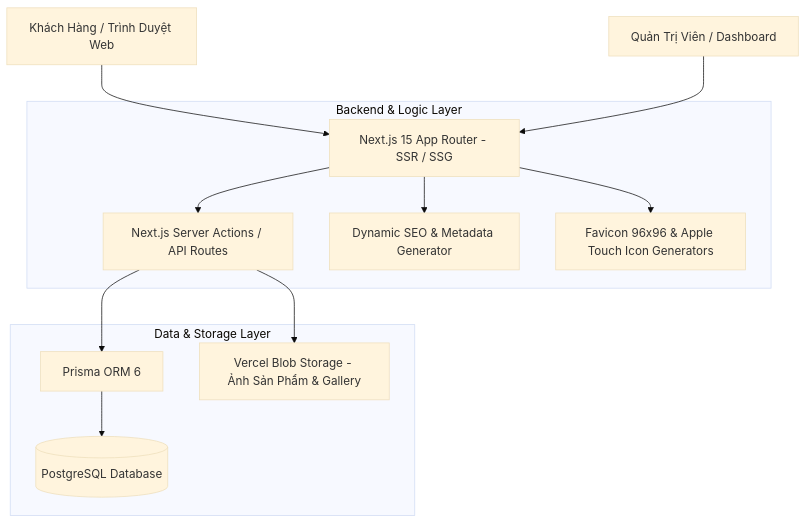
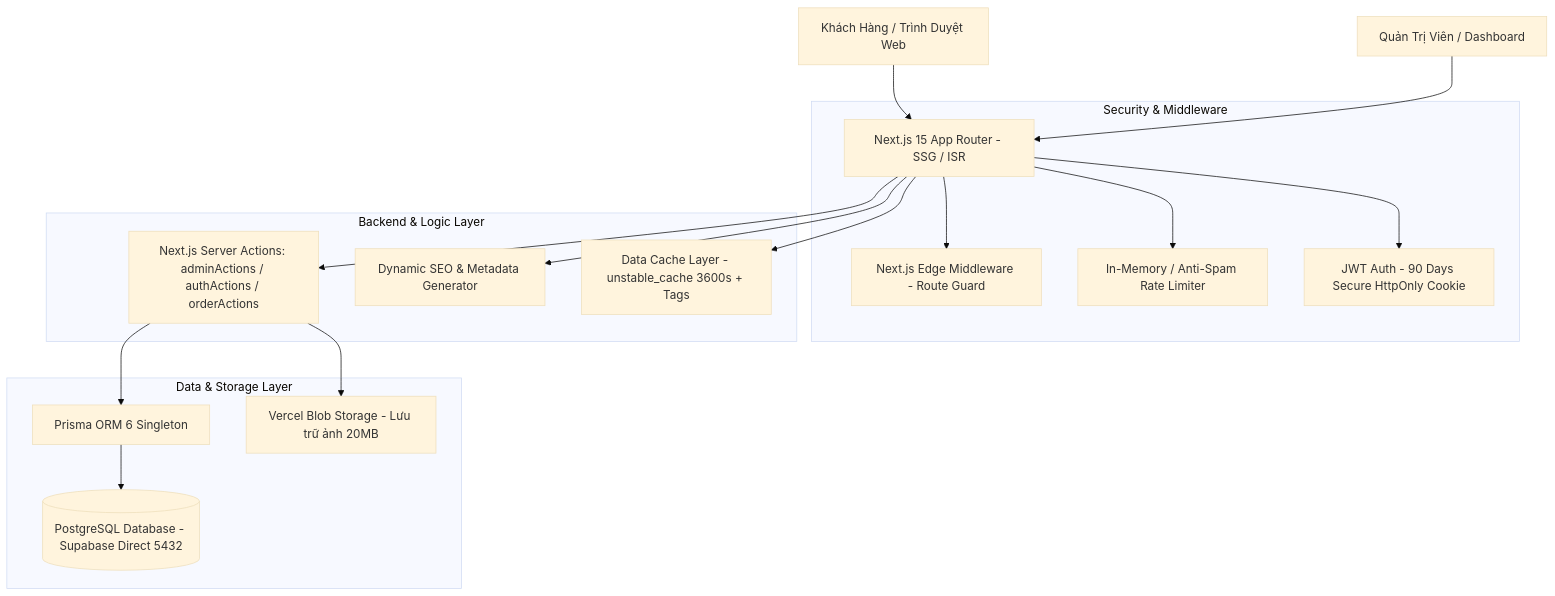
Before and after one commit to tranvanhuy-hichan/VTDK: the first of 2 diagrams in docs/SYSTEM_ARCHITECTURE.md, drawn with Mermaid (base theme). The commit also changed other lines of this file and 1 other file, not shown here.

Commit message:
docs: update system architecture and project README with complete tech stack, ERD, and performance design

````diff
--- a/docs/SYSTEM_ARCHITECTURE.md
+++ b/docs/SYSTEM_ARCHITECTURE.md
@@ -10,17 +10,23 @@
 ```mermaid
 graph TD
-    Client[Khách Hàng / Trình Duyệt Web] --> NextApp[Next.js 15 App Router - SSR / SSG]
+    Client[Khách Hàng / Trình Duyệt Web] --> NextApp[Next.js 15 App Router - SSG / ISR]
     Admin[Quản Trị Viên / Dashboard] --> NextApp
     
+    subgraph Security & Middleware
+        NextApp --> EdgeMiddleware[Next.js Edge Middleware - Route Guard]
+        NextApp --> RateLimit[In-Memory / Anti-Spam Rate Limiter]
+        NextApp --> JWTAuth[JWT Auth - 90 Days Secure HttpOnly Cookie]
+    end
+
     subgraph Backend & Logic Layer
-        NextApp --> ServerActions[Next.js Server Actions / API Routes]
+        NextApp --> ServerActions[Next.js Server Actions: adminActions / authActions / orderActions]
         NextApp --> DynamicMetadata[Dynamic SEO & Metadata Generator]
-        NextApp --> DynamicIcons[Favicon 96x96 & Apple Touch Icon Generators]
+        NextApp --> DataCache[Data Cache Layer - unstable_cache 3600s + Tags]
     end
 
     subgraph Data & Storage Layer
-        ServerActions --> Prisma[Prisma ORM 6]
-        Prisma --> Database[(PostgreSQL Database)]
-        ServerActions --> VercelBlob[Vercel Blob Storage - Ảnh Sản Phẩm & Gallery]
+        ServerActions --> Prisma[Prisma ORM 6 Singleton]
+        Prisma --> Database[(PostgreSQL Database - Supabase Direct 5432)]
+        ServerActions --> VercelBlob[Vercel Blob Storage - Lưu trữ ảnh 20MB]
     end
 ```
````
